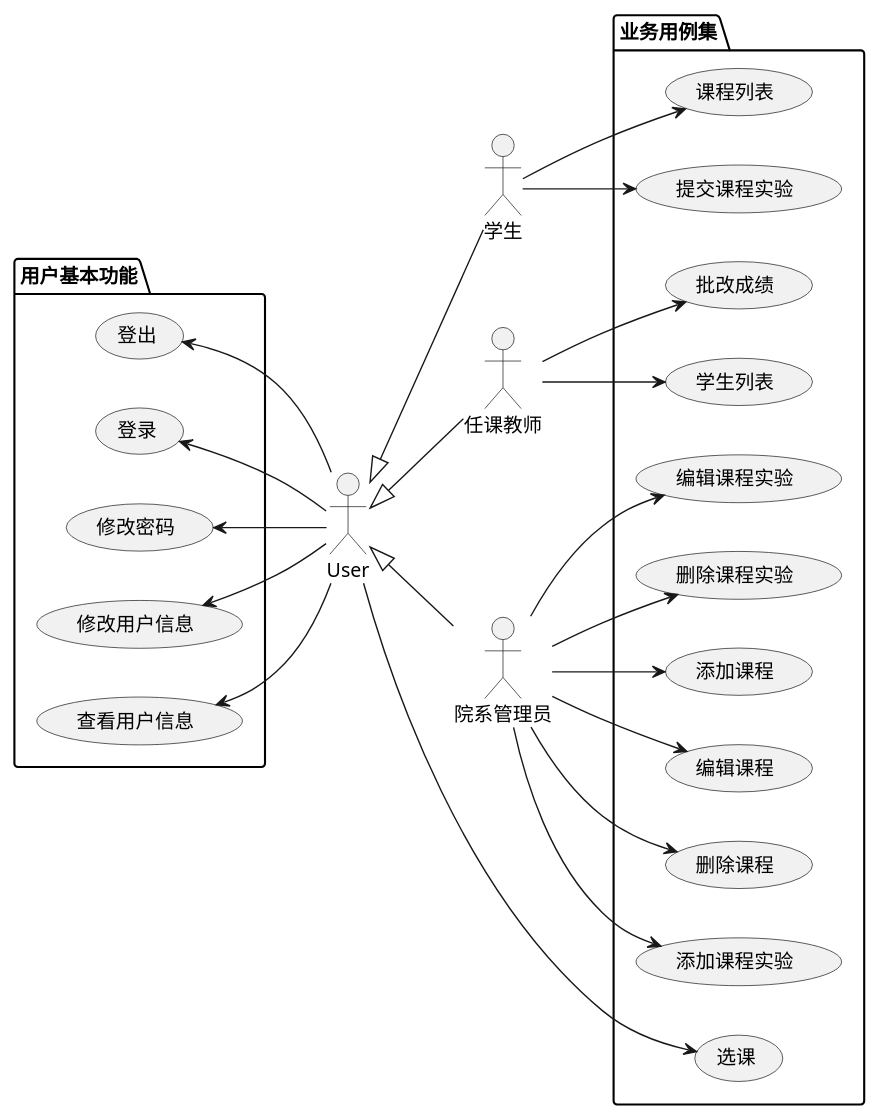
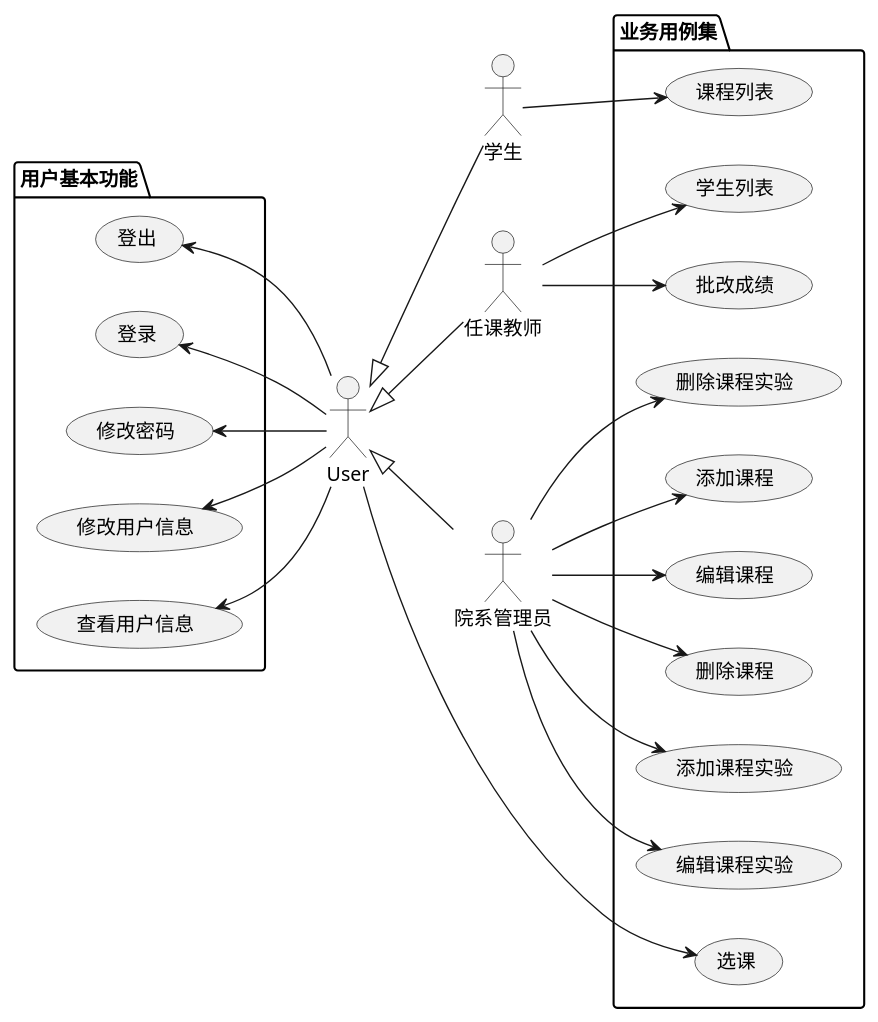
The diagram in test6/userCase.pu (201610414130/is_analysis-4), drawn with PlantUML before and after one commit.

Commit message:
取消掉学生的提交实验地址功能

```diff
--- a/test6/userCase.pu
+++ b/test6/userCase.pu
@@ -1,46 +1,44 @@
 @startuml 用例图
 left to right direction
 :User: 
 :学生: as student
 :任课教师: as teacher
 :院系管理员: as admin
 package 用户基本功能{
     (查看用户信息) as showUser
     (修改用户信息) as updateUser
     (修改密码) as updatePwd
     (登录) as login
     (登出) as logout
     User -up-> showUser
     User -up-> updateUser
     User -up-> updatePwd
     User -up-> login
     User -up-> logout
 }
 package 业务用例集{
-    (提交课程实验) as submitWK
     (选课) as singCourse
     (课程列表) as getClassList
     (学生列表) as GetStudents
     (批改成绩) as setGrade
     (添加课程实验) as addCourseTask
     (编辑课程实验) as ediCourseTask
     (删除课程实验) as delCourseTask
     (添加课程) as addCourse
     (编辑课程) as ediCourse
     (删除课程) as delCourse
-    student --> submitWK
     student --> getClassList
     User --> singCourse
     teacher --> GetStudents
     teacher --> setGrade
     admin --> addCourseTask
     admin --> ediCourseTask
     admin --> delCourseTask
     admin --> addCourse
     admin --> ediCourse
     admin --> delCourse
 }
 student -up-|> User
 teacher -up-|> User
 admin -up-|> User
 @enduml
```
